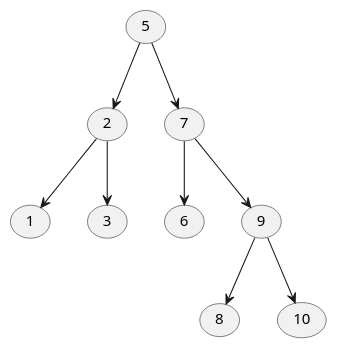
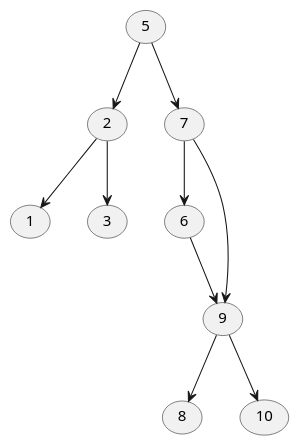
One commit to haoshuimofu/common-components-parent changed the diagram in general-tests/src/main/java/com/demo/algorithm/tree.puml. Above: the diagram before and after it, drawn with PlantUML. The commit also changed 9 other files, not shown here.

```diff
--- a/general-tests/src/main/java/com/demo/algorithm/tree.puml
+++ b/general-tests/src/main/java/com/demo/algorithm/tree.puml
@@ -1,22 +1,23 @@
 @startuml
 (5) as 5
 (1) as 1
 (2) as 2
 (3) as 3
 
 (6) as 6
 (7) as 7
 (8) as 8
 (9) as 9
 (10) as 10
 
 2 --> 1
 2 --> 3
 
 5 --> 2
 5 --> 7
 7 --> 6
+6 --> 9
 7 --> 9
 9 --> 8
 9 --> 10
 @enduml
```
